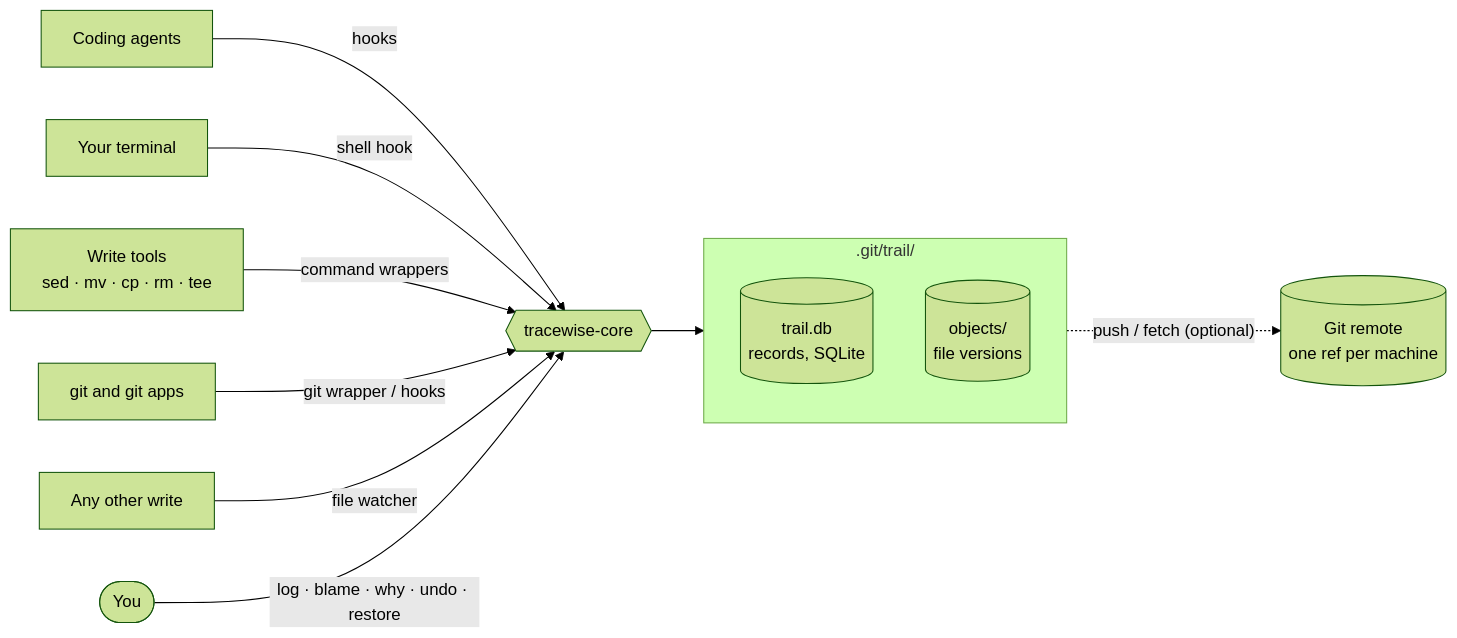
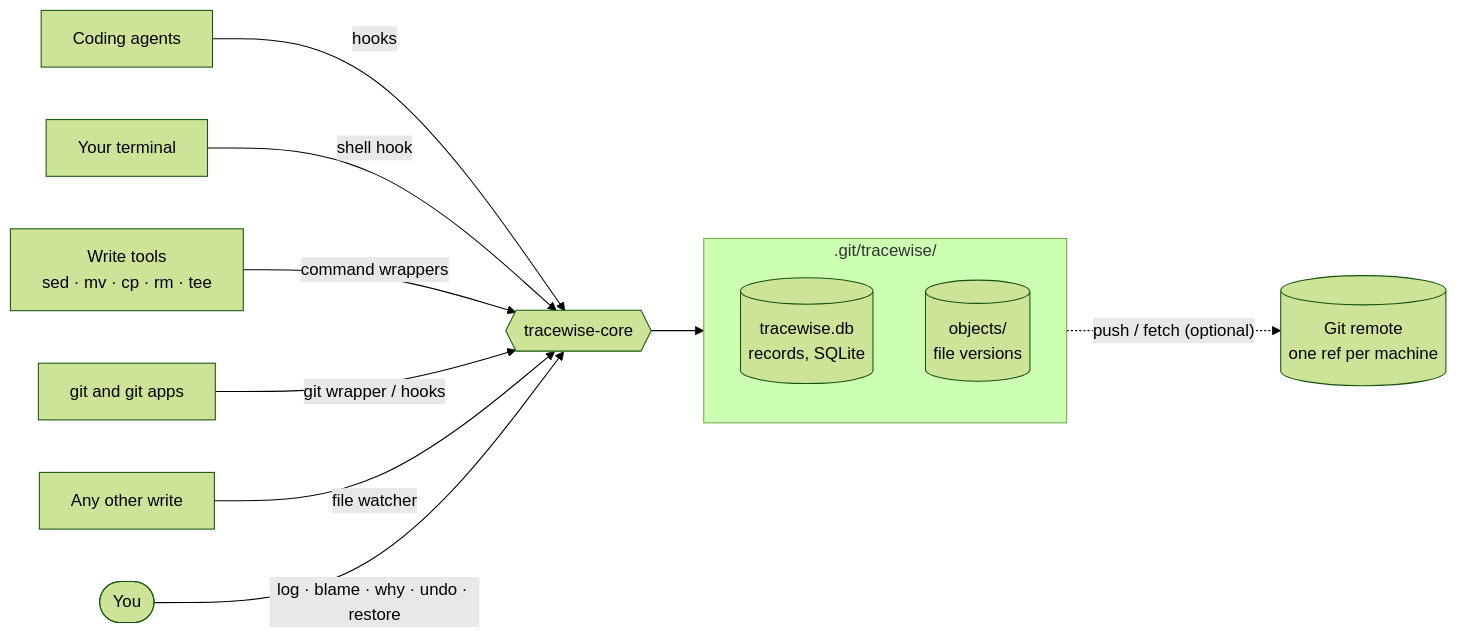
One commit to cmdworks/Tracewise changed the diagram in docs/how-it-works.md. Above: the diagram before and after it, drawn with Mermaid (forest theme). The commit also changed other lines of this file and 220 other files, not shown here.

Commit message:
Rename everything from Trail to Tracewise; install.sh removes an old Trail install

````diff
--- a/docs/how-it-works.md
+++ b/docs/how-it-works.md
@@ -7,19 +7,19 @@
 ```mermaid
 flowchart LR
     agents["Coding agents"] -- hooks --> core
     terminal["Your terminal"] -- shell hook --> core
     tools["Write tools<br/>sed · mv · cp · rm · tee"] -- command wrappers --> core
     git["git and git apps"] -- "git wrapper / hooks" --> core
     other["Any other write"] -- file watcher --> core
 
     you(["You"]) -- "log · blame · why · undo · restore" --> core
 
     core{{"tracewise-core"}} --> store
 
-    subgraph store [".git/trail/"]
-        db[("trail.db<br/>records, SQLite")]
+    subgraph store [".git/tracewise/"]
+        db[("tracewise.db<br/>records, SQLite")]
         objects[("objects/<br/>file versions")]
     end
 
     store -. "push / fetch (optional)" .-> remote[("Git remote<br/>one ref per machine")]
 ```
````
